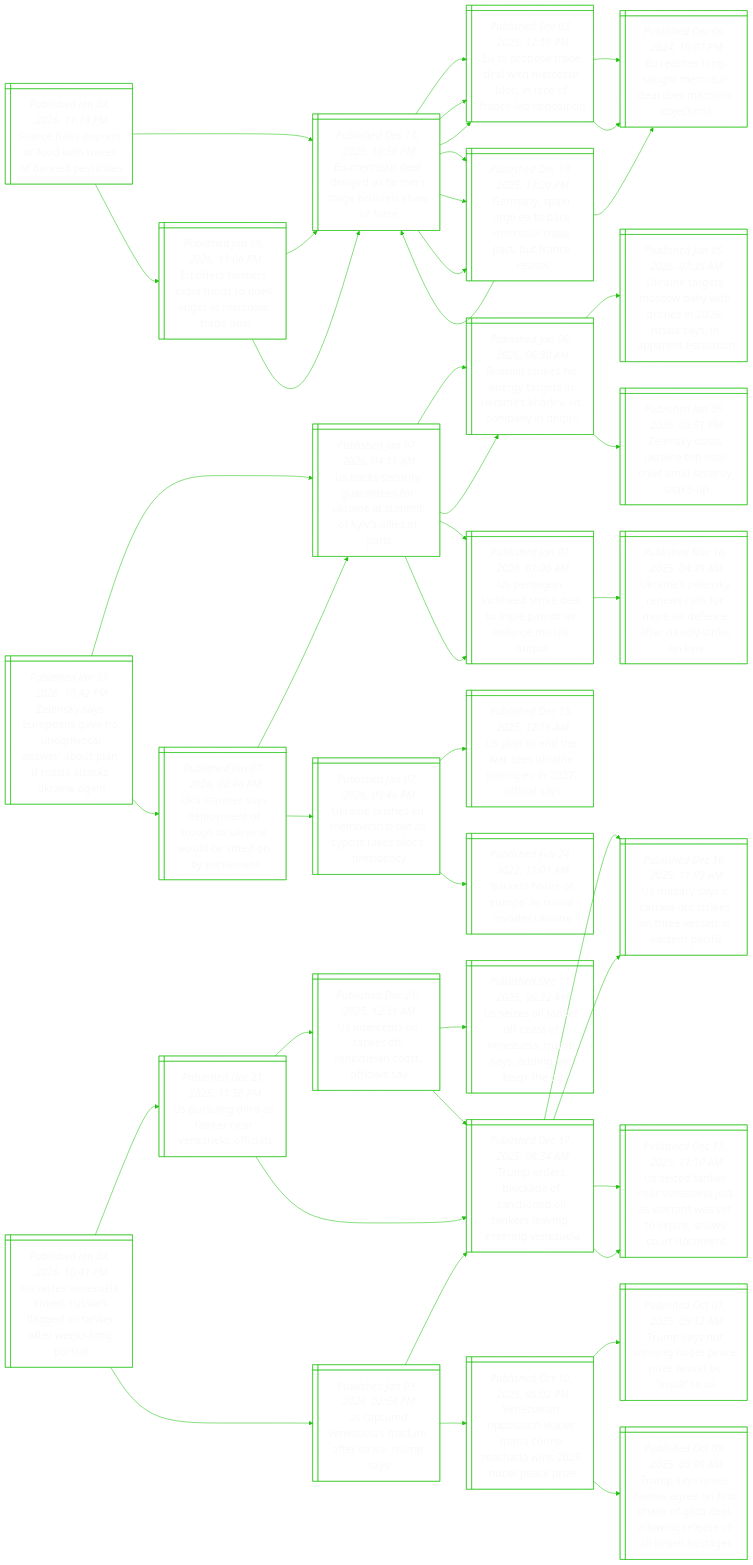
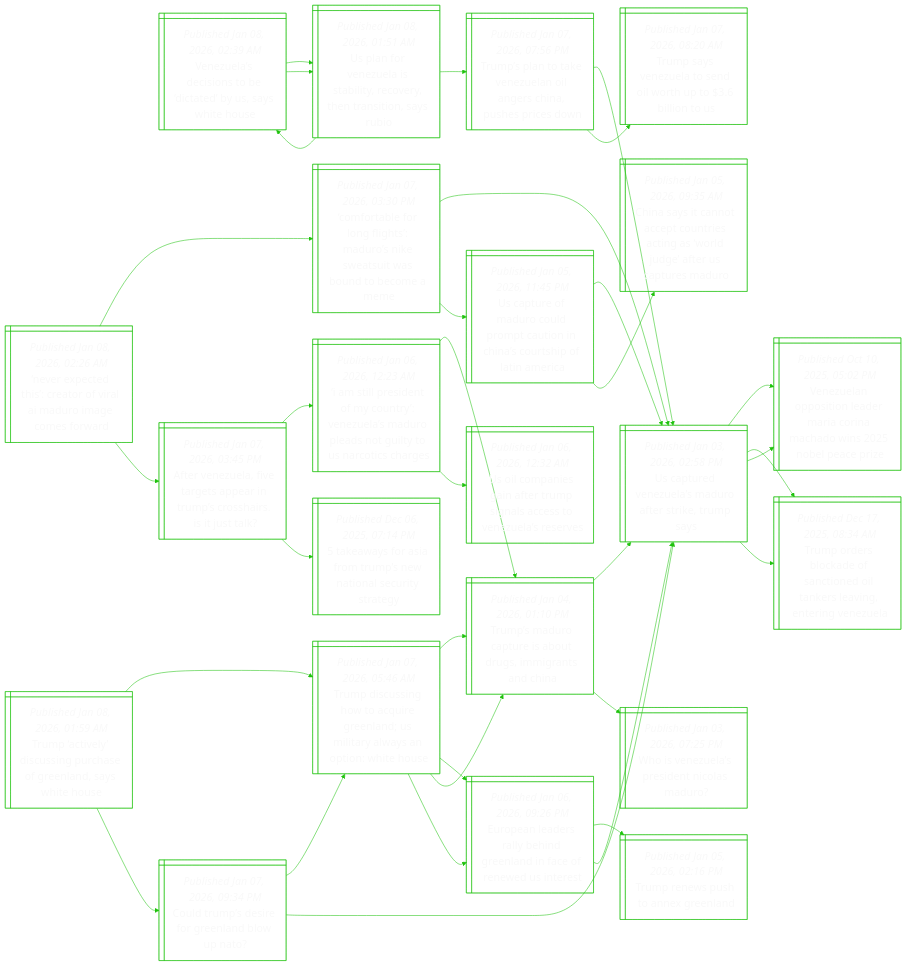
The diagram in README.md (notJmes/notJmes), drawn with Mermaid before and after one commit. The commit also changed other lines of this file, not shown here.

````diff
--- a/README.md
+++ b/README.md
@@ -16,139 +16,112 @@
 flowchart LR
 classDef txtsize font-size:20px;
 
-Fesrfiafete@{ shape: win-pane, label: "_Published Jan 07, 2026, 11:14 PM_
-France halts imports of food with traces of banned pesticides" }
-EcdedrsBeoo@{ shape: win-pane, label: "_Published Dec 18, 2025, 10:56 PM_
-Eu-mercosur deal delayed as farmers stage brussels show of force" }
-Ereeweuccrlpi@{ shape: win-pane, label: "_Published Sep 03, 2025, 12:19 PM_
-Eu to propose trade deal with mercosur bloc, in face of france-led opposition" }
-EcoueulMnen@{ shape: win-pane, label: "_Published Dec 06, 2024, 10:07 PM_
-Eu reaches long-sought mercosur deal over macron’s objections" }
-EcoueulMnen@{ shape: win-pane, label: "_Published Dec 06, 2024, 10:07 PM_
-Eu reaches long-sought mercosur deal over macron’s objections" }
-Gniebeudtrrt@{ shape: win-pane, label: "_Published Dec 18, 2025, 11:20 PM_
-Germany, spain urge eu to back mercosur trade pact, but france resists" }
-EcdedrsBeoo@{ shape: win-pane, label: "_Published Dec 18, 2025, 10:56 PM_
-Eu-mercosur deal delayed as farmers stage brussels show of force" }
-EcoueulMnen@{ shape: win-pane, label: "_Published Dec 06, 2024, 10:07 PM_
-Eu reaches long-sought mercosur deal over macron’s objections" }
-Eereftleeudl@{ shape: win-pane, label: "_Published Jan 06, 2026, 11:06 PM_
-Eu offers farmers extra funds to quell anger at mercosur trade deal" }
-EcdedrsBeoo@{ shape: win-pane, label: "_Published Dec 18, 2025, 10:56 PM_
-Eu-mercosur deal delayed as farmers stage brussels show of force" }
-Ereeweuccrlpi@{ shape: win-pane, label: "_Published Sep 03, 2025, 12:19 PM_
-Eu to propose trade deal with mercosur bloc, in face of france-led opposition" }
-Gniebeudtrrt@{ shape: win-pane, label: "_Published Dec 18, 2025, 11:20 PM_
-Germany, spain urge eu to back mercosur trade pact, but france resists" }
-EcdedrsBeoo@{ shape: win-pane, label: "_Published Dec 18, 2025, 10:56 PM_
-Eu-mercosur deal delayed as farmers stage brussels show of force" }
-Ereeweuccrlpi@{ shape: win-pane, label: "_Published Sep 03, 2025, 12:19 PM_
-Eu to propose trade deal with mercosur bloc, in face of france-led opposition" }
-Gniebeudtrrt@{ shape: win-pane, label: "_Published Dec 18, 2025, 11:20 PM_
-Germany, spain urge eu to back mercosur trade pact, but france resists" }
+Vudiocdsho@{ shape: win-pane, label: "_Published Jan 08, 2026, 02:39 AM_
+Venezuela’s decisions to be ‘dictated’ by us, says white house" }
+UneeslernsnR@{ shape: win-pane, label: "_Published Jan 08, 2026, 01:51 AM_
+Us plan for venezuela is stability, recovery, then transition, says rubio" }
+Vudiocdsho@{ shape: win-pane, label: "_Published Jan 08, 2026, 02:39 AM_
+Venezuela’s decisions to be ‘dictated’ by us, says white house" }
+UneeslernsnR@{ shape: win-pane, label: "_Published Jan 08, 2026, 01:51 AM_
+Us plan for venezuela is stability, recovery, then transition, says rubio" }
+TsteznnCpsen@{ shape: win-pane, label: "_Published Jan 07, 2026, 07:56 PM_
+Trump’s plan to take venezuelan oil angers china, pushes prices down" }
+UtVuMorkms@{ shape: win-pane, label: "_Published Jan 03, 2026, 02:58 PM_
+Us captured venezuela’s maduro after strike, trump says" }
+TseesitoiU@{ shape: win-pane, label: "_Published Jan 07, 2026, 08:20 AM_
+Trump says venezuela to send oil worth up to $3.6 billion to us" }
 
-Fesrfiafete:::txtsize --> EcdedrsBeoo:::txtsize
-EcdedrsBeoo:::txtsize --> Ereeweuccrlpi:::txtsize
-Ereeweuccrlpi:::txtsize --> EcoueulMnen:::txtsize
-Ereeweuccrlpi:::txtsize --> EcoueulMnen:::txtsize
-EcdedrsBeoo:::txtsize --> Gniebeudtrrt:::txtsize
-Gniebeudtrrt:::txtsize --> EcdedrsBeoo:::txtsize
-Gniebeudtrrt:::txtsize --> EcoueulMnen:::txtsize
-Fesrfiafete:::txtsize --> Eereftleeudl:::txtsize
-Eereftleeudl:::txtsize --> EcdedrsBeoo:::txtsize
-EcdedrsBeoo:::txtsize --> Ereeweuccrlpi:::txtsize
-EcdedrsBeoo:::txtsize --> Gniebeudtrrt:::txtsize
-Eereftleeudl:::txtsize --> EcdedrsBeoo:::txtsize
-EcdedrsBeoo:::txtsize --> Ereeweuccrlpi:::txtsize
-EcdedrsBeoo:::txtsize --> Gniebeudtrrt:::txtsize
+Vudiocdsho:::txtsize --> UneeslernsnR:::txtsize
+UneeslernsnR:::txtsize --> Vudiocdsho:::txtsize
+Vudiocdsho:::txtsize --> UneeslernsnR:::txtsize
+UneeslernsnR:::txtsize --> TsteznnCpsen:::txtsize
+TsteznnCpsen:::txtsize --> UtVuMorkms:::txtsize
+TsteznnCpsen:::txtsize --> TseesitoiU:::txtsize
 
-ZsyosnqcsblRacra@{ shape: win-pane, label: "_Published Jan 07, 2026, 10:42 PM_
-Zelensky says europeans gave no ‘unequivocal answer’ about plan if russia attacks ukraine again" }
-UkugnframKasr@{ shape: win-pane, label: "_Published Jan 07, 2026, 04:11 AM_
-Us backs security guarantees for ukraine at summit of kyiv’s allies in paris" }
-RaiirriaKioyi@{ shape: win-pane, label: "_Published Jan 06, 2026, 06:30 AM_
-Russian strikes hit energy targets in ukraine’s kharkiv, us company in dnipro" }
-Ungodwrisypnao@{ shape: win-pane, label: "_Published Jan 05, 2026, 07:35 AM_
-Ukraine targets moscow daily with drones in 2026, russia says, in apparent escalation" }
-Zssrttiiusu@{ shape: win-pane, label: "_Published Jan 05, 2026, 08:51 PM_
-Zelensky ousts ukraine top intel chief amid security shake-up" }
-UtLereteirnsot@{ shape: win-pane, label: "_Published Jan 07, 2026, 01:06 AM_
-Us pentagon, lockheed strike deal to triple patriot air defence missile output" }
-Unlywlmiefesei@{ shape: win-pane, label: "_Published Nov 16, 2025, 04:39 AM_
-Ukraine’s zelensky renews calls for more air defence after deadly strike on kyiv" }
-Uasemfpkedtbln@{ shape: win-pane, label: "_Published Jan 07, 2026, 08:46 PM_
-Uk’s starmer says deployment of troops to ukraine would be voted on by parliament" }
-UnhmrbCsssiy@{ shape: win-pane, label: "_Published Jan 07, 2026, 09:46 PM_
-Ukraine pushes eu membership bid as cyprus takes bloc’s presidency" }
-UndasiiEfas@{ shape: win-pane, label: "_Published Dec 13, 2025, 12:16 AM_
-Us plan to end the war sees ukraine joining eu in 2027, official says" }
-DsruasvUn@{ shape: win-pane, label: "_Published Feb 24, 2022, 11:01 AM_
-'darkest hours of europe' as russia invades ukraine" }
-UkugnframKasr@{ shape: win-pane, label: "_Published Jan 07, 2026, 04:11 AM_
-Us backs security guarantees for ukraine at summit of kyiv’s allies in paris" }
-RaiirriaKioyi@{ shape: win-pane, label: "_Published Jan 06, 2026, 06:30 AM_
-Russian strikes hit energy targets in ukraine’s kharkiv, us company in dnipro" }
-UtLereteirnsot@{ shape: win-pane, label: "_Published Jan 07, 2026, 01:06 AM_
-Us pentagon, lockheed strike deal to triple patriot air defence missile output" }
-
-ZsyosnqcsblRacra:::txtsize --> UkugnframKasr:::txtsize
-UkugnframKasr:::txtsize --> RaiirriaKioyi:::txtsize
-RaiirriaKioyi:::txtsize --> Ungodwrisypnao:::txtsize
-RaiirriaKioyi:::txtsize --> Zssrttiiusu:::txtsize
-UkugnframKasr:::txtsize --> UtLereteirnsot:::txtsize
-UtLereteirnsot:::txtsize --> Unlywlmiefesei:::txtsize
-ZsyosnqcsblRacra:::txtsize --> Uasemfpkedtbln:::txtsize
-Uasemfpkedtbln:::txtsize --> UnhmrbCsssiy:::txtsize
-UnhmrbCsssiy:::txtsize --> UndasiiEfas:::txtsize
-UnhmrbCsssiy:::txtsize --> DsruasvUn:::txtsize
-Uasemfpkedtbln:::txtsize --> UkugnframKasr:::txtsize
-UkugnframKasr:::txtsize --> RaiirriaKioyi:::txtsize
-UkugnframKasr:::txtsize --> UtLereteirnsot:::txtsize
-
-Uznlksfetrrspi@{ shape: win-pane, label: "_Published Jan 07, 2026, 10:41 PM_
-Us seizes venezuela-linked, russian-flagged oil tanker after weeks-long pursuit" }
-Ustonenlis@{ shape: win-pane, label: "_Published Dec 21, 2025, 11:56 PM_
-Us pursuing third oil tanker near venezuela: officials" }
-Uettreeofay@{ shape: win-pane, label: "_Published Dec 21, 2025, 12:31 AM_
-Us intercepts oil tanker off venezuelan coast, officials say" }
-Uzlecoeapageo@{ shape: win-pane, label: "_Published Dec 11, 2025, 06:22 AM_
-Us seizes oil tanker off coast of venezuela, trump says, adding ‘we keep’ the oil" }
-Toskftdasitgz@{ shape: win-pane, label: "_Published Dec 17, 2025, 08:34 AM_
-Trump orders blockade of sanctioned oil tankers leaving, entering venezuela" }
-Toskftdasitgz@{ shape: win-pane, label: "_Published Dec 17, 2025, 08:34 AM_
-Trump orders blockade of sanctioned oil tankers leaving, entering venezuela" }
-Uistitktvlanf@{ shape: win-pane, label: "_Published Dec 16, 2025, 11:09 AM_
-Us military says it carried out strikes on three vessels in eastern pacific" }
-Uznenltrwtphoon@{ shape: win-pane, label: "_Published Dec 13, 2025, 11:10 AM_
-Us seized tanker near venezuela just as warrant was set to expire, shows court document" }
+Netiafldmood@{ shape: win-pane, label: "_Published Jan 08, 2026, 02:26 AM_
+‘never expected this’: creator of viral ai maduro image comes forward" }
+CreoiMoetwubee@{ shape: win-pane, label: "_Published Jan 07, 2026, 03:30 PM_
+‘comfortable for long flights’: maduro’s nike sweatsuit was bound to become a meme" }
 UtVuMorkms@{ shape: win-pane, label: "_Published Jan 03, 2026, 02:58 PM_
 Us captured venezuela’s maduro after strike, trump says" }
 Vuoilranhibai@{ shape: win-pane, label: "_Published Oct 10, 2025, 05:02 PM_
 Venezuelan opposition leader maria corina machado wins 2025 nobel peace prize" }
-TsonoeroelS@{ shape: win-pane, label: "_Published Oct 01, 2025, 05:12 AM_
-Trump says not winning nobel peace prize would be ‘insult’ to us" }
-TssHaossaaorslaoe@{ shape: win-pane, label: "_Published Oct 09, 2025, 05:09 AM_
-Trump says israel, hamas agree on first phase of gaza deal, allowing release of all israeli hostages" }
 Toskftdasitgz@{ shape: win-pane, label: "_Published Dec 17, 2025, 08:34 AM_
 Trump orders blockade of sanctioned oil tankers leaving, entering venezuela" }
-Uistitktvlanf@{ shape: win-pane, label: "_Published Dec 16, 2025, 11:09 AM_
-Us military says it carried out strikes on three vessels in eastern pacific" }
-Uznenltrwtphoon@{ shape: win-pane, label: "_Published Dec 13, 2025, 11:10 AM_
-Us seized tanker near venezuela just as warrant was set to expire, shows court document" }
+Utfrlmuinuiama@{ shape: win-pane, label: "_Published Jan 05, 2026, 11:45 PM_
+Us capture of maduro could prompt caution in china’s courtship of latin america" }
+UtVuMorkms@{ shape: win-pane, label: "_Published Jan 03, 2026, 02:58 PM_
+Us captured venezuela’s maduro after strike, trump says" }
+CstoeueiwjaUtMo@{ shape: win-pane, label: "_Published Jan 05, 2026, 09:35 AM_
+China says it cannot accept countries acting as ‘world judge’ after us captures maduro" }
+AVuirarurassk@{ shape: win-pane, label: "_Published Jan 07, 2026, 03:45 PM_
+After venezuela, five targets appear in trump’s crosshairs. is it just talk?" }
+Iienytnldlniorcr@{ shape: win-pane, label: "_Published Jan 06, 2026, 12:23 AM_
+‘i am still president of my country’: venezuela’s maduro pleads not guilty to us narcotics charges" }
+Tsrtstsgsh@{ shape: win-pane, label: "_Published Jan 04, 2026, 01:10 PM_
+Trump’s maduro capture is about drugs, immigrants and china" }
+Ucnatugasnlss@{ shape: win-pane, label: "_Published Jan 06, 2026, 12:32 AM_
+Us oil companies gain after trump signals access to venezuela’s reserves" }
+twoaTsaause@{ shape: win-pane, label: "_Published Dec 06, 2025, 07:14 PM_
+5 takeaways for asia from trump’s new national security strategy" }
 
-Uznlksfetrrspi:::txtsize --> Ustonenlis:::txtsize
-Ustonenlis:::txtsize --> Uettreeofay:::txtsize
-Uettreeofay:::txtsize --> Uzlecoeapageo:::txtsize
-Uettreeofay:::txtsize --> Toskftdasitgz:::txtsize
-Ustonenlis:::txtsize --> Toskftdasitgz:::txtsize
-Toskftdasitgz:::txtsize --> Uistitktvlanf:::txtsize
-Toskftdasitgz:::txtsize --> Uznenltrwtphoon:::txtsize
-Uznlksfetrrspi:::txtsize --> UtVuMorkms:::txtsize
+Netiafldmood:::txtsize --> CreoiMoetwubee:::txtsize
+CreoiMoetwubee:::txtsize --> UtVuMorkms:::txtsize
 UtVuMorkms:::txtsize --> Vuoilranhibai:::txtsize
-Vuoilranhibai:::txtsize --> TsonoeroelS:::txtsize
-Vuoilranhibai:::txtsize --> TssHaossaaorslaoe:::txtsize
 UtVuMorkms:::txtsize --> Toskftdasitgz:::txtsize
-Toskftdasitgz:::txtsize --> Uistitktvlanf:::txtsize
-Toskftdasitgz:::txtsize --> Uznenltrwtphoon:::txtsize
+CreoiMoetwubee:::txtsize --> Utfrlmuinuiama:::txtsize
+Utfrlmuinuiama:::txtsize --> UtVuMorkms:::txtsize
+Utfrlmuinuiama:::txtsize --> CstoeueiwjaUtMo:::txtsize
+Netiafldmood:::txtsize --> AVuirarurassk:::txtsize
+AVuirarurassk:::txtsize --> Iienytnldlniorcr:::txtsize
+Iienytnldlniorcr:::txtsize --> Tsrtstsgsh:::txtsize
+Iienytnldlniorcr:::txtsize --> Ucnatugasnlss:::txtsize
+AVuirarurassk:::txtsize --> twoaTsaause:::txtsize
+
+Taesireensee@{ shape: win-pane, label: "_Published Jan 08, 2026, 01:59 AM_
+Trump ‘actively’ discussing purchase of greenland, says white house" }
+TdsharedlyypWH@{ shape: win-pane, label: "_Published Jan 07, 2026, 05:46 AM_
+Trump discussing how to acquire greenland; us military always an option: white house" }
+Tsrtstsgsh@{ shape: win-pane, label: "_Published Jan 04, 2026, 01:10 PM_
+Trump’s maduro capture is about drugs, immigrants and china" }
+UtVuMorkms@{ shape: win-pane, label: "_Published Jan 03, 2026, 02:58 PM_
+Us captured venezuela’s maduro after strike, trump says" }
+WVuPdisr@{ shape: win-pane, label: "_Published Jan 03, 2026, 07:25 PM_
+Who is venezuela’s president nicolas maduro?" }
+EearbdnienUe@{ shape: win-pane, label: "_Published Jan 06, 2026, 09:26 PM_
+European leaders rally behind greenland in face of renewed us interest" }
+Trsteed@{ shape: win-pane, label: "_Published Jan 05, 2026, 02:16 PM_
+Trump renews push to annex greenland" }
+UtVuMorkms@{ shape: win-pane, label: "_Published Jan 03, 2026, 02:58 PM_
+Us captured venezuela’s maduro after strike, trump says" }
+CTsrGllN@{ shape: win-pane, label: "_Published Jan 07, 2026, 09:34 PM_
+Could trump’s desire for greenland blow up nato?" }
+TdsharedlyypWH@{ shape: win-pane, label: "_Published Jan 07, 2026, 05:46 AM_
+Trump discussing how to acquire greenland; us military always an option: white house" }
+Tsrtstsgsh@{ shape: win-pane, label: "_Published Jan 04, 2026, 01:10 PM_
+Trump’s maduro capture is about drugs, immigrants and china" }
+EearbdnienUe@{ shape: win-pane, label: "_Published Jan 06, 2026, 09:26 PM_
+European leaders rally behind greenland in face of renewed us interest" }
+UtVuMorkms@{ shape: win-pane, label: "_Published Jan 03, 2026, 02:58 PM_
+Us captured venezuela’s maduro after strike, trump says" }
+Vuoilranhibai@{ shape: win-pane, label: "_Published Oct 10, 2025, 05:02 PM_
+Venezuelan opposition leader maria corina machado wins 2025 nobel peace prize" }
+Toskftdasitgz@{ shape: win-pane, label: "_Published Dec 17, 2025, 08:34 AM_
+Trump orders blockade of sanctioned oil tankers leaving, entering venezuela" }
+
+Taesireensee:::txtsize --> TdsharedlyypWH:::txtsize
+TdsharedlyypWH:::txtsize --> Tsrtstsgsh:::txtsize
+Tsrtstsgsh:::txtsize --> UtVuMorkms:::txtsize
+Tsrtstsgsh:::txtsize --> WVuPdisr:::txtsize
+TdsharedlyypWH:::txtsize --> EearbdnienUe:::txtsize
+EearbdnienUe:::txtsize --> Trsteed:::txtsize
+EearbdnienUe:::txtsize --> UtVuMorkms:::txtsize
+Taesireensee:::txtsize --> CTsrGllN:::txtsize
+CTsrGllN:::txtsize --> TdsharedlyypWH:::txtsize
+TdsharedlyypWH:::txtsize --> Tsrtstsgsh:::txtsize
+TdsharedlyypWH:::txtsize --> EearbdnienUe:::txtsize
+CTsrGllN:::txtsize --> UtVuMorkms:::txtsize
+UtVuMorkms:::txtsize --> Vuoilranhibai:::txtsize
+UtVuMorkms:::txtsize --> Toskftdasitgz:::txtsize
 
 ```
````
